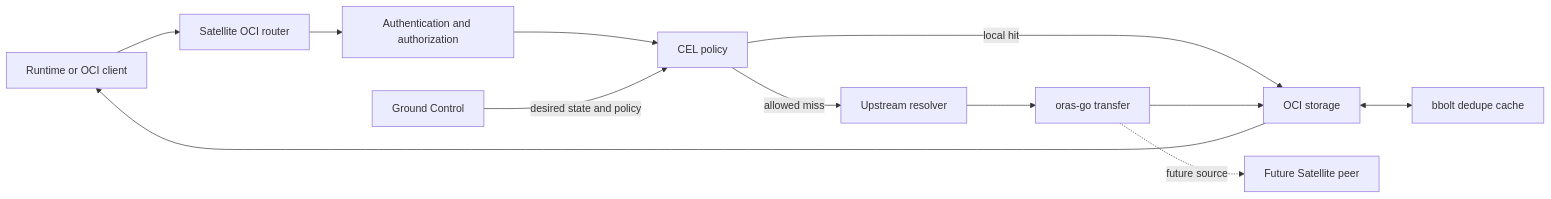
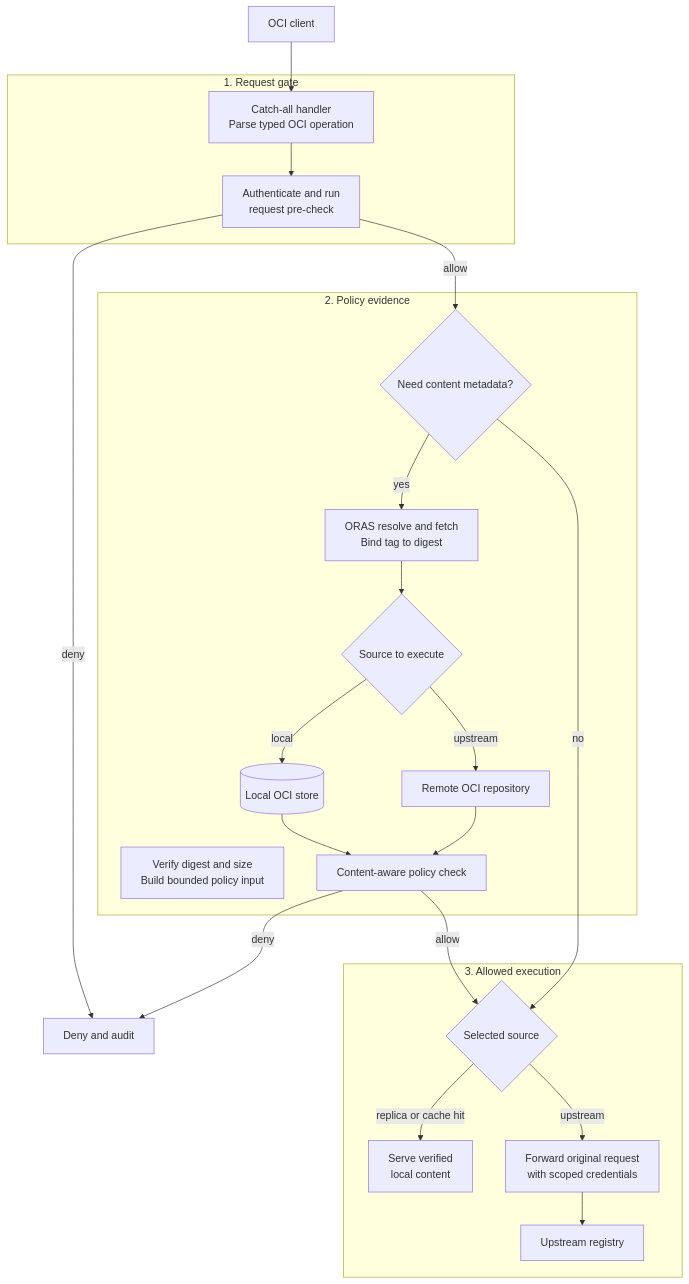
The first of 2 diagrams in docs/decisions/0009-transparent-oci-registry-proxy.md (container-registry/harbor-satellite), drawn with Mermaid before and after one commit. The commit also changed other lines of this file and 3 other files, not shown here.

````diff
--- a/docs/decisions/0009-transparent-oci-registry-proxy.md
+++ b/docs/decisions/0009-transparent-oci-registry-proxy.md
@@ -54,21 +81,46 @@
 ```mermaid
-flowchart LR
-    Client[Runtime or OCI client]
-    Router[Satellite OCI router]
-    Auth[Authentication and authorization]
-    Policy[CEL policy]
-    Resolver[Upstream resolver]
-    ORAS[oras-go transfer]
-    Store[OCI storage]
-    Bolt[bbolt dedupe cache]
-    GC[Ground Control]
-    Peer[Future Satellite peer]
+flowchart TB
+    Client[OCI client]
 
-    Client --> Router --> Auth --> Policy
-    Policy -->|local hit| Store
-    Policy -->|allowed miss| Resolver --> ORAS --> Store
-    Store <--> Bolt
-    Store --> Client
-    GC -->|desired state and policy| Policy
-    ORAS -. future source .-> Peer
+    subgraph Gate[1. Request gate]
+        Parse[Catch-all handler<br/>Parse typed OCI operation]
+        Pre[Authenticate and run<br/>request pre-check]
+        Parse --> Pre
+    end
+
+    subgraph Evidence[2. Policy evidence]
+        Need{Need content metadata?}
+        Resolve[ORAS resolve and fetch<br/>Bind tag to digest]
+        MetadataSource{Source to execute}
+        LocalMeta[(Local OCI store)]
+        RemoteMeta[Remote OCI repository]
+        Verify[Verify digest and size<br/>Build bounded policy input]
+        Admit[Content-aware policy check]
+
+        Need -->|yes| Resolve
+        Resolve --> MetadataSource
+        MetadataSource -->|local| LocalMeta
+        MetadataSource -->|upstream| RemoteMeta
+        LocalMeta --> Admit 
+        RemoteMeta --> Admit 
+    end
+
+    subgraph Execute[3. Allowed execution]
+        Source{Selected source}
+        LocalRead[Serve verified<br/>local content]
+        Forward[Forward original request<br/>with scoped credentials]
+        Upstream[Upstream registry]
+
+        Source -->|replica or cache hit| LocalRead
+        Source -->|upstream| Forward --> Upstream
+    end
+
+    Deny[Deny and audit]
+
+    Client --> Parse
+    Pre -->|deny| Deny
+    Pre -->|allow| Need
+    Need -->|no| Source
+    Admit -->|deny| Deny
+    Admit -->|allow| Source
 ```
````
